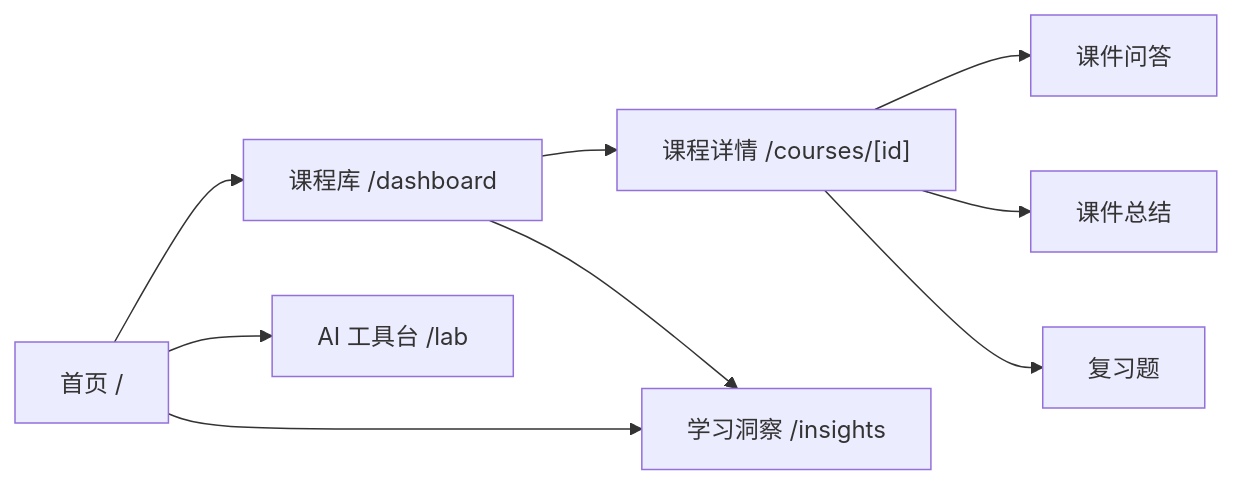
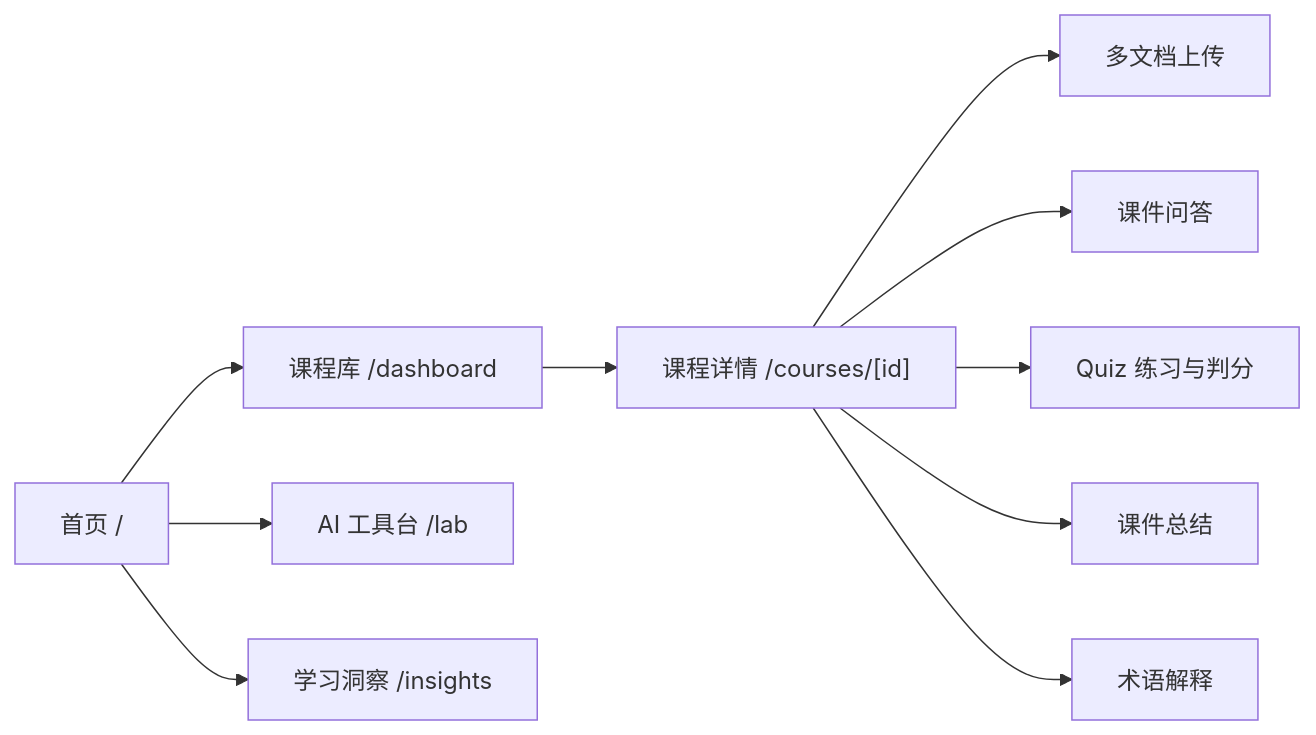
Before and after one commit to lc114548274-pixel/campusmind-ai-study-assistant: the fourth of 4 diagrams in docs/architecture.md, drawn with Mermaid. The commit also changed other lines of this file and 11 other files, not shown here.

````diff
--- a/docs/architecture.md
+++ b/docs/architecture.md
@@ -55,11 +70,12 @@
 ```mermaid
 flowchart LR
   Home["首页 /"] --> Dashboard["课程库 /dashboard"]
   Dashboard --> Course["课程详情 /courses/[id]"]
+  Course --> Upload["多文档上传"]
   Course --> Chat["课件问答"]
+  Course --> Quiz["Quiz 练习与判分"]
   Course --> Summary["课件总结"]
-  Course --> Quiz["复习题"]
+  Course --> Terms["术语解释"]
   Home --> Lab["AI 工具台 /lab"]
   Home --> Insights["学习洞察 /insights"]
-  Dashboard --> Insights
 ```
````
